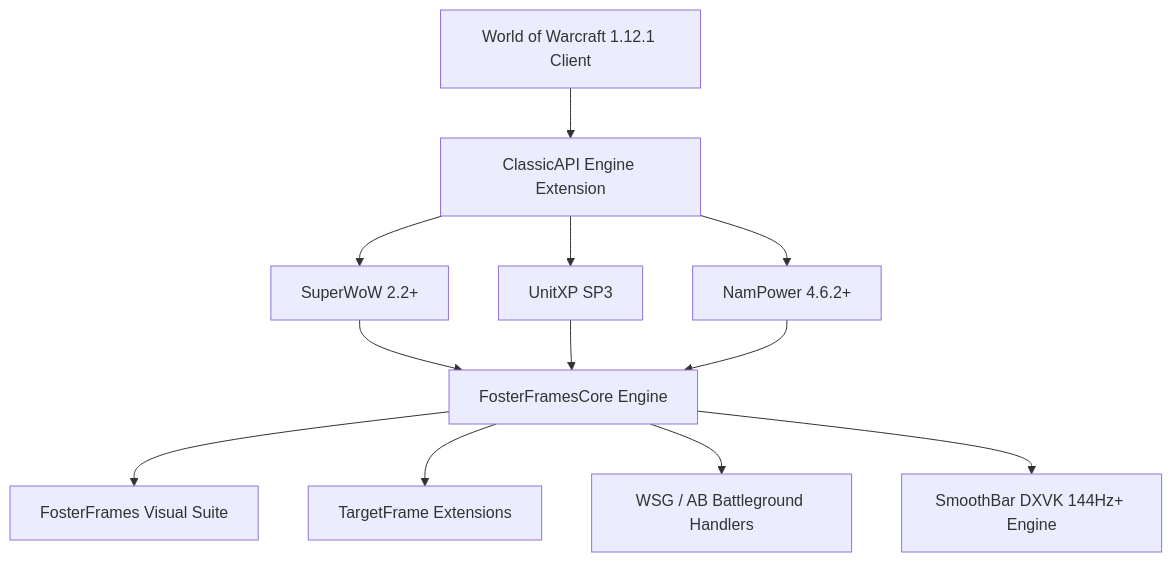
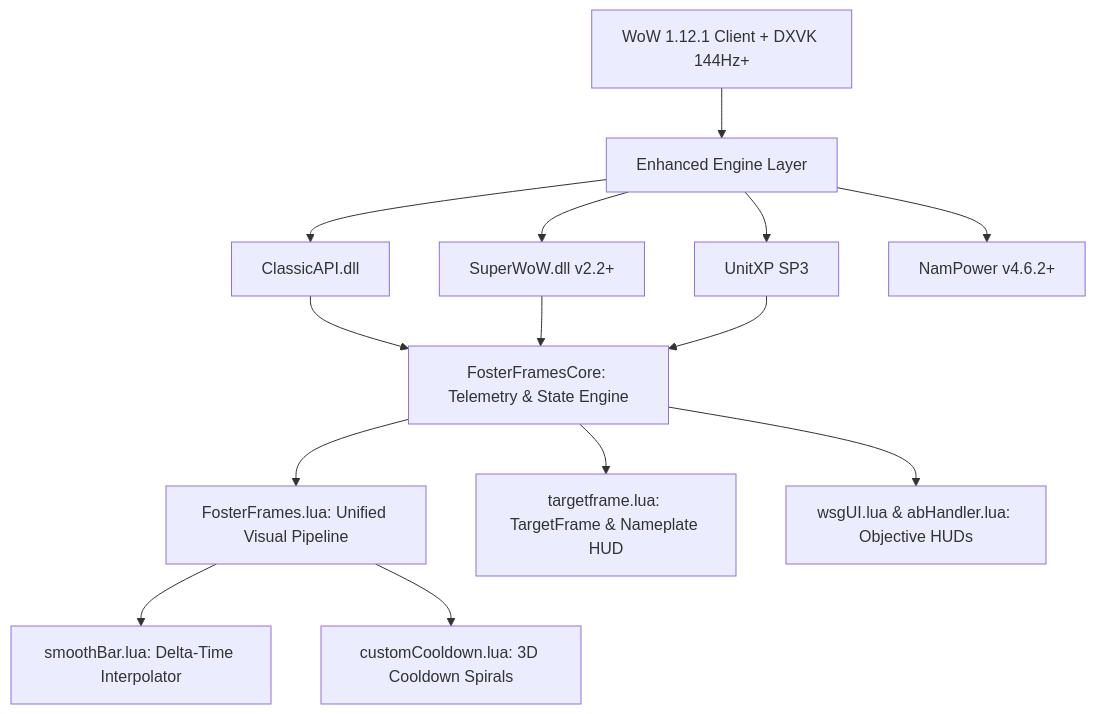
The diagram in README.md (Fostercare5988/FosterFrames), drawn with Mermaid before and after one commit. The commit also changed other lines of this file and 11 other files, not shown here.

First line of the commit message:
feat(core): complete OctoWoW modernization for Enhanced Engine Stack

````diff
--- a/README.md
+++ b/README.md
@@ -86,16 +49,19 @@
 ```mermaid
 graph TD
-    A[World of Warcraft 1.12.1 Client] --> B[ClassicAPI Engine Extension]
-    B --> C[SuperWoW 2.2+]
-    B --> D[UnitXP SP3]
-    B --> E[NamPower 4.6.2+]
-    
-    C --> F[FosterFramesCore Engine]
-    D --> F
-    E --> F
-    
-    F --> G[FosterFrames Visual Suite]
-    F --> H[TargetFrame Extensions]
-    F --> I[WSG / AB Battleground Handlers]
-    F --> J[SmoothBar DXVK 144Hz+ Engine]
+    Client[WoW 1.12.1 Client + DXVK 144Hz+] --> Engine[Enhanced Engine Layer]
+    Engine --> CAPI[ClassicAPI.dll]
+    Engine --> SW[SuperWoW.dll v2.2+]
+    Engine --> UXP[UnitXP SP3]
+    Engine --> NP[NamPower v4.6.2+]
+
+    CAPI --> Core[FosterFramesCore: Telemetry & State Engine]
+    SW --> Core
+    UXP --> Core
+
+    Core --> VSuite[FosterFrames.lua: Unified Visual Pipeline]
+    Core --> TargetHUD[targetframe.lua: TargetFrame & Nameplate HUD]
+    Core --> BGHud[wsgUI.lua & abHandler.lua: Objective HUDs]
+
+    VSuite --> Smooth[smoothBar.lua: Delta-Time Interpolator]
+    VSuite --> CDModels[customCooldown.lua: 3D Cooldown Spirals]
 ```
````
